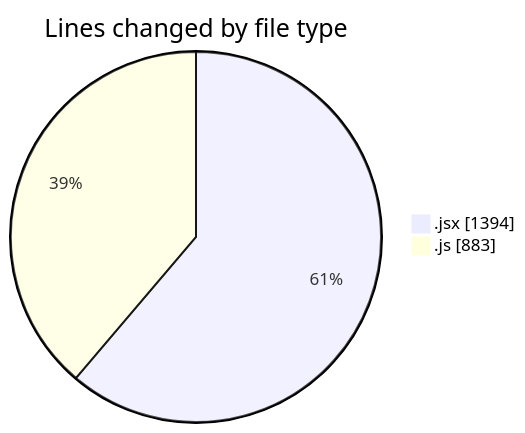
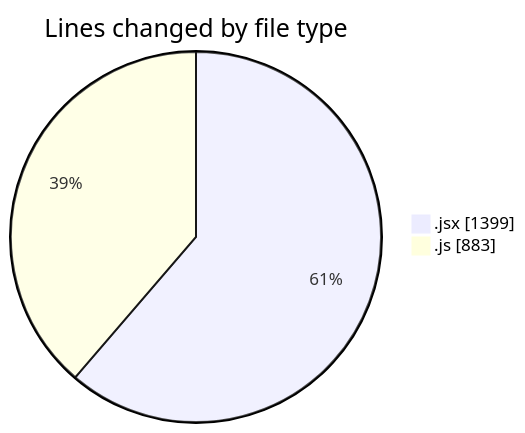
The first of 2 diagrams in 2025-09-15/nxtqube_webapp/README.md (nxtqubesakshisongat/code-tracking), drawn with Mermaid before and after one commit. The commit also changed other lines of this file and 1 other file, not shown here.

````diff
--- a/2025-09-15/nxtqube_webapp/README.md
+++ b/2025-09-15/nxtqube_webapp/README.md
@@ -22,6 +22,6 @@
 ```mermaid
 pie showData
 title Lines changed by file type
-".jsx" : 1394
+".jsx" : 1399
 ".js" : 883
 ```
````
